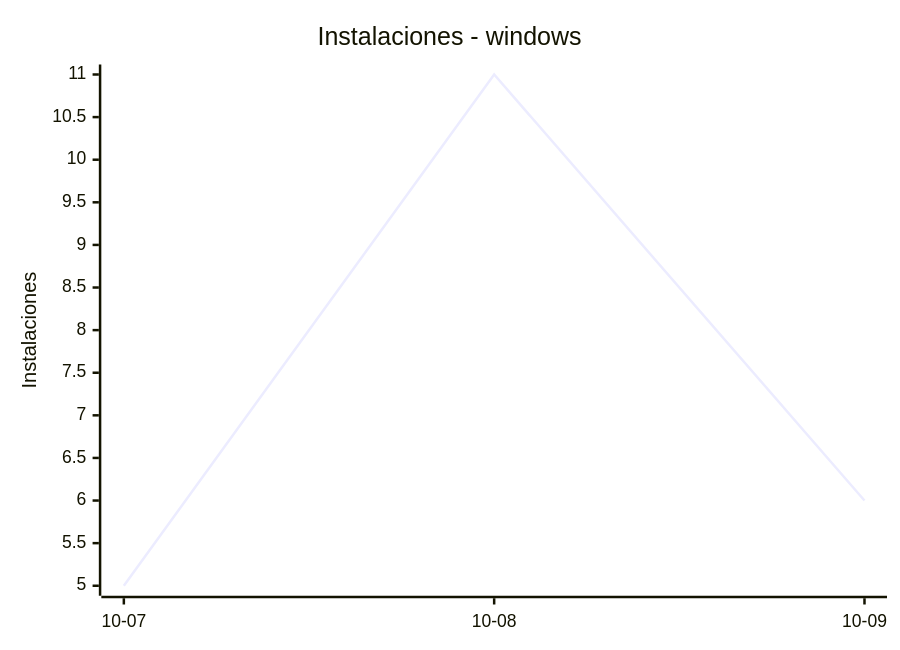
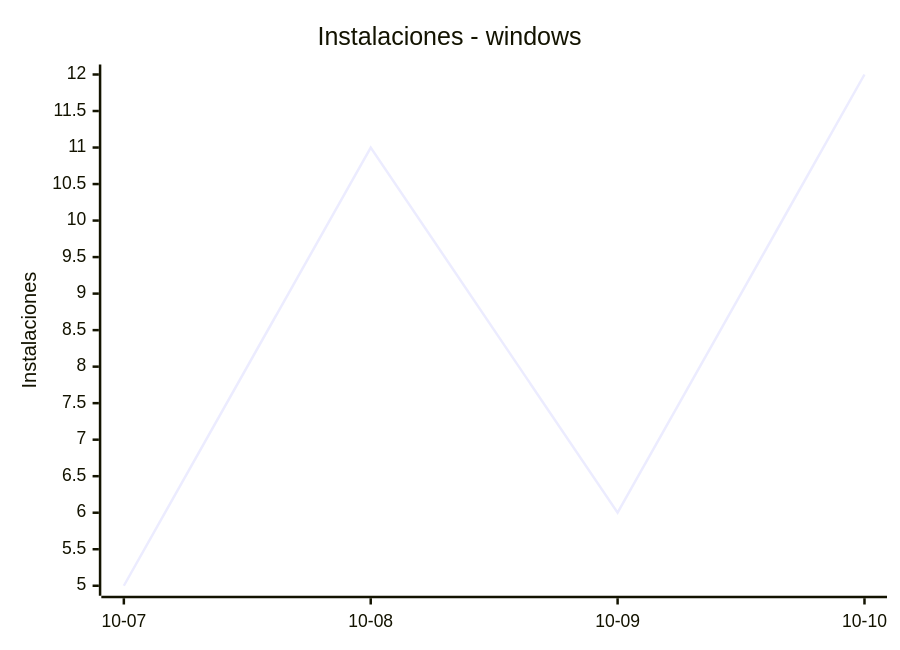
The sixth of 8 diagrams in README.md (EmuDeck/stats), drawn with Mermaid before and after one commit. The commit also changed other lines of this file and 2 other files, not shown here.

````diff
--- a/README.md
+++ b/README.md
@@ -68,7 +68,7 @@
 ```mermaid
 xychart-beta
     title "Instalaciones - windows"
-    x-axis ["10-07", "10-08", "10-09"]
+    x-axis ["10-07", "10-08", "10-09", "10-10"]
     y-axis "Instalaciones"
-    line [5, 11, 6]
+    line [5, 11, 6, 12]
 ```
````
